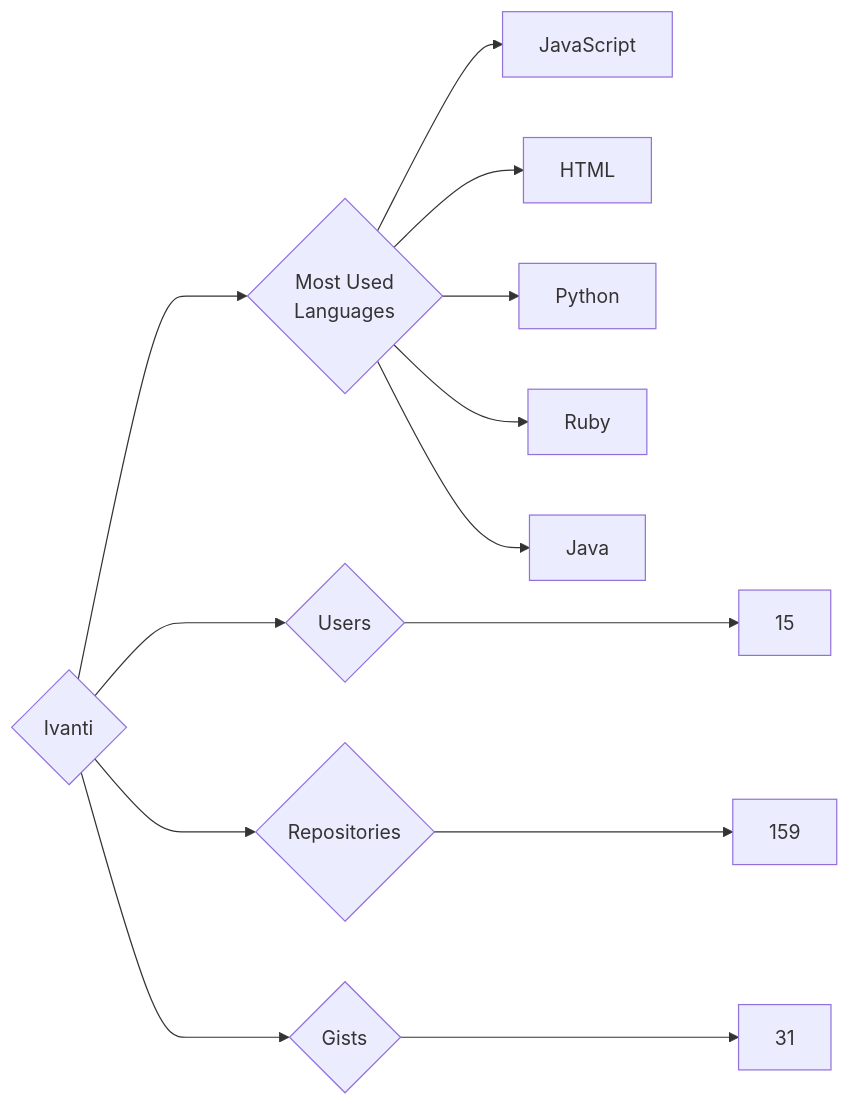
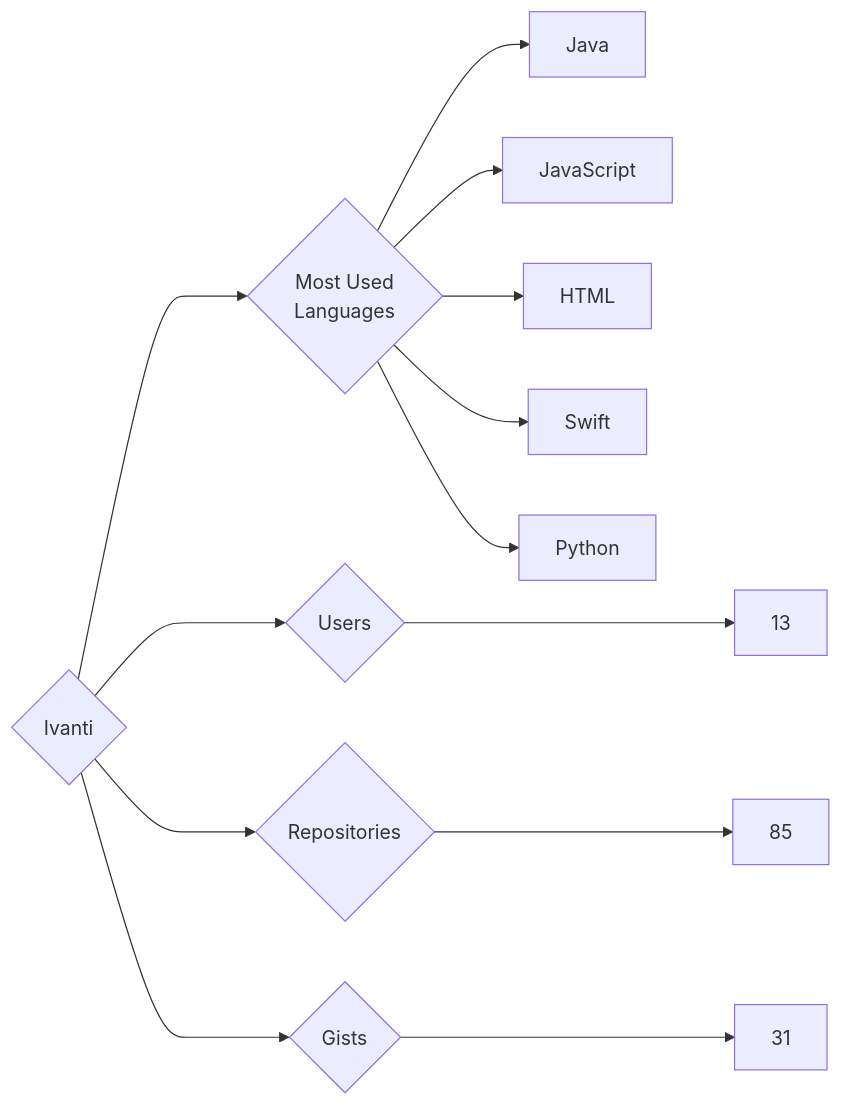
One commit to trickest/insiders changed the diagram in targets/Ivanti/README.md. Above: the diagram before and after it, drawn with Mermaid. The commit also changed 773 other files, not shown here.

````diff
--- a/targets/Ivanti/README.md
+++ b/targets/Ivanti/README.md
@@ -3,13 +3,13 @@
 ```mermaid
 graph LR
 COMPANY_NAME{Ivanti}
-COMPANY_NAME ---> U{Users} ---> UN[15]
-COMPANY_NAME ---> R{Repositories} ---> RN[159]
+COMPANY_NAME ---> U{Users} ---> UN[13]
+COMPANY_NAME ---> R{Repositories} ---> RN[85]
 COMPANY_NAME ---> G{Gists} ---> GN[31]
 COMPANY_NAME ---> ML{Most Used<br>Languages}
+ML --> Java[Java]
 ML --> JavaScript[JavaScript]
 ML --> HTML[HTML]
+ML --> Swift[Swift]
 ML --> Python[Python]
-ML --> Ruby[Ruby]
-ML --> Java[Java]
 ```
````
